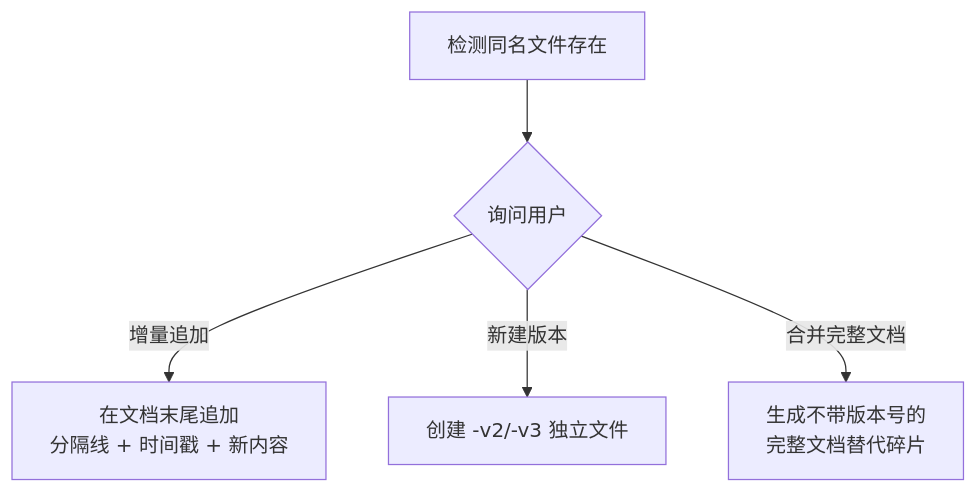
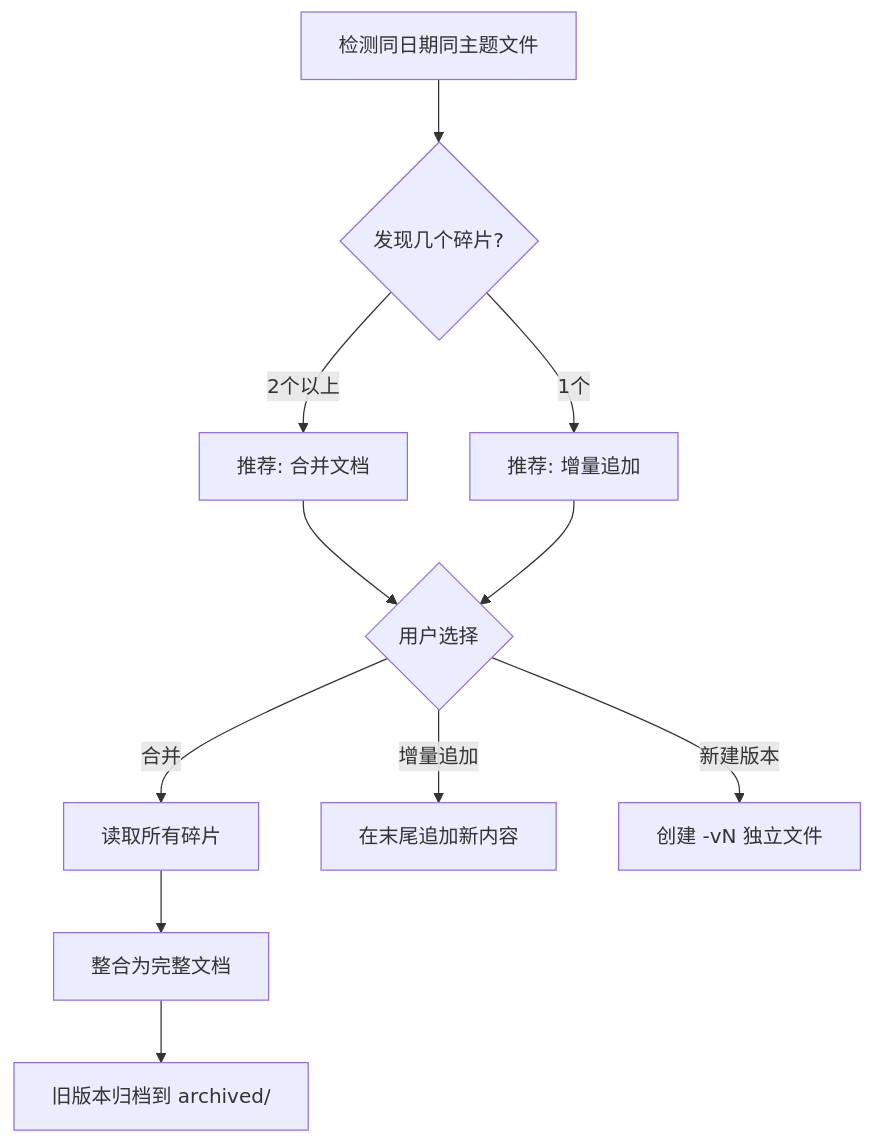
Before and after one commit to chujun/aiubuntu1-sh: the seventh of 8 diagrams in doc/ai-explore/2026-04-11-my-explore-doc-record技能优化实践探索之旅.md, drawn with Mermaid. The commit also changed other lines of this file and 2 other files, not shown here.

````diff
--- a/doc/ai-explore/2026-04-11-my-explore-doc-record技能优化实践探索之旅.md
+++ b/doc/ai-explore/2026-04-11-my-explore-doc-record技能优化实践探索之旅.md
@@ -253,7 +262,13 @@
 ```mermaid
 flowchart TD
-    A["检测同名文件存在"] --> B{"询问用户"}
-    B -->|增量追加| C["在文档末尾追加<br/>分隔线 + 时间戳 + 新内容"]
-    B -->|新建版本| D["创建 -v2/-v3 独立文件"]
-    B -->|合并完整文档| E["生成不带版本号的<br/>完整文档替代碎片"]
+    A["检测同日期同主题文件"] --> B{"发现几个碎片?"}
+    B -->|"2个以上"| C["推荐: 合并文档"]
+    B -->|"1个"| D["推荐: 增量追加"]
+    C --> E{"用户选择"}
+    D --> E
+    E -->|合并| F["读取所有碎片"]
+    F --> G["整合为完整文档"]
+    G --> H["旧版本归档到 archived/"]
+    E -->|增量追加| I["在末尾追加新内容"]
+    E -->|新建版本| J["创建 -vN 独立文件"]
 ```
````
